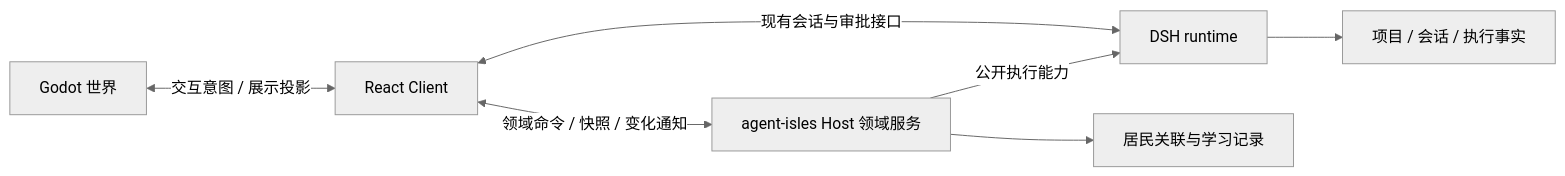
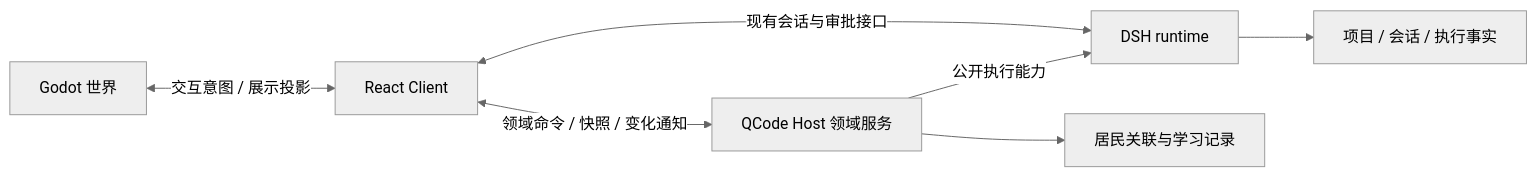
The first of 2 diagrams in docs/architecture.md (Qiuner/QCode), drawn with Mermaid (neutral theme) before and after one commit. The commit also changed other lines of this file and 47 other files, not shown here.

````diff
--- a/docs/architecture.md
+++ b/docs/architecture.md
@@ -21,9 +21,9 @@
 ```mermaid
 flowchart LR
     World[Godot 世界] <-->|交互意图 / 展示投影| Client[React Client]
-    Client <-->|领域命令 / 快照 / 变化通知| Domain[agent-isles Host 领域服务]
+    Client <-->|领域命令 / 快照 / 变化通知| Domain[QCode Host 领域服务]
     Client <-->|现有会话与审批接口| Runtime[DSH runtime]
     Domain -->|公开执行能力| Runtime
     Domain --> DomainData[居民关联与学习记录]
     Runtime --> RuntimeData[项目 / 会话 / 执行事实]
 ```
````
